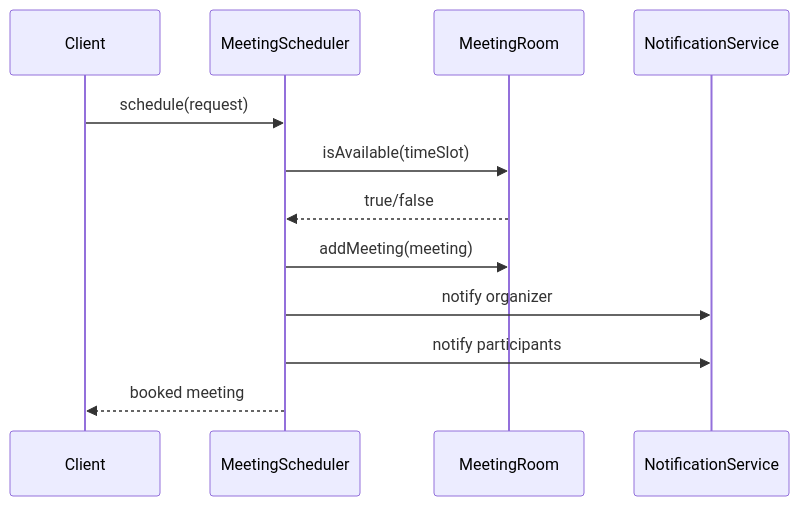
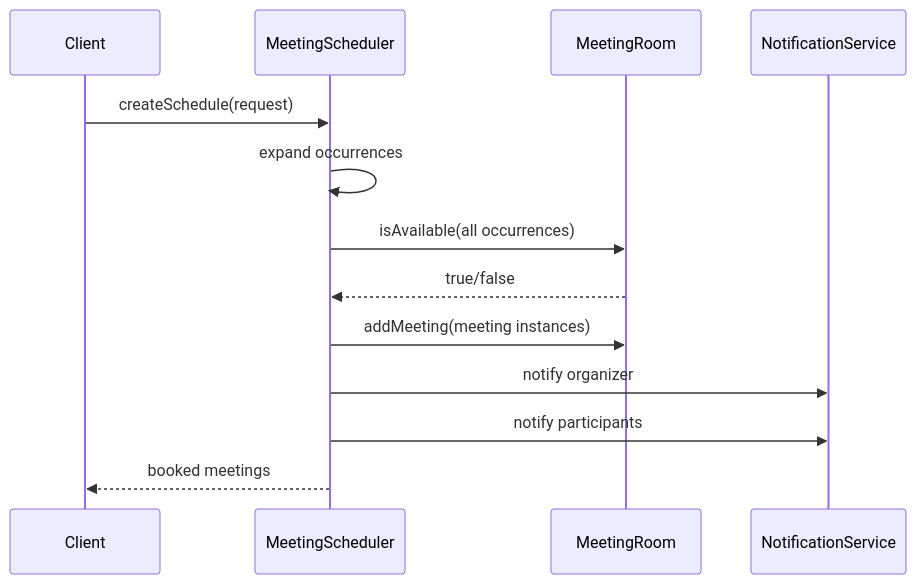
Before and after one commit to agrawalsajal02/LLDProblems: the diagram in out/production/LLD/companiesProblem/uber/lld/meetingscheuler/README.md, drawn with Mermaid. The commit also changed other lines of this file and 366 other files, not shown here.

````diff
--- a/out/production/LLD/companiesProblem/uber/lld/meetingscheuler/README.md
+++ b/out/production/LLD/companiesProblem/uber/lld/meetingscheuler/README.md
@@ -55,15 +71,16 @@
 ```mermaid
 sequenceDiagram
     participant Client
     participant Scheduler as MeetingScheduler
     participant Room as MeetingRoom
     participant Notify as NotificationService
 
-    Client->>Scheduler: schedule(request)
-    Scheduler->>Room: isAvailable(timeSlot)
+    Client->>Scheduler: createSchedule(request)
+    Scheduler->>Scheduler: expand occurrences
+    Scheduler->>Room: isAvailable(all occurrences)
     Room-->>Scheduler: true/false
-    Scheduler->>Room: addMeeting(meeting)
+    Scheduler->>Room: addMeeting(meeting instances)
     Scheduler->>Notify: notify organizer
     Scheduler->>Notify: notify participants
-    Scheduler-->>Client: booked meeting
+    Scheduler-->>Client: booked meetings
 ```
````
